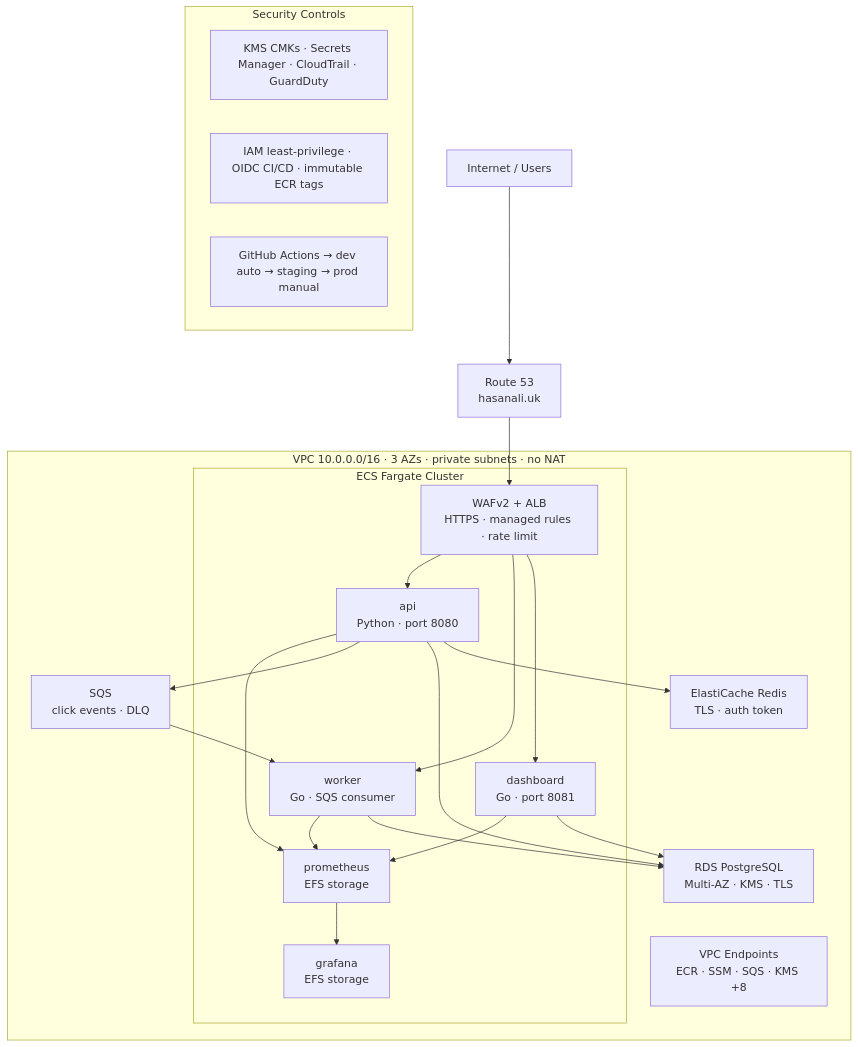
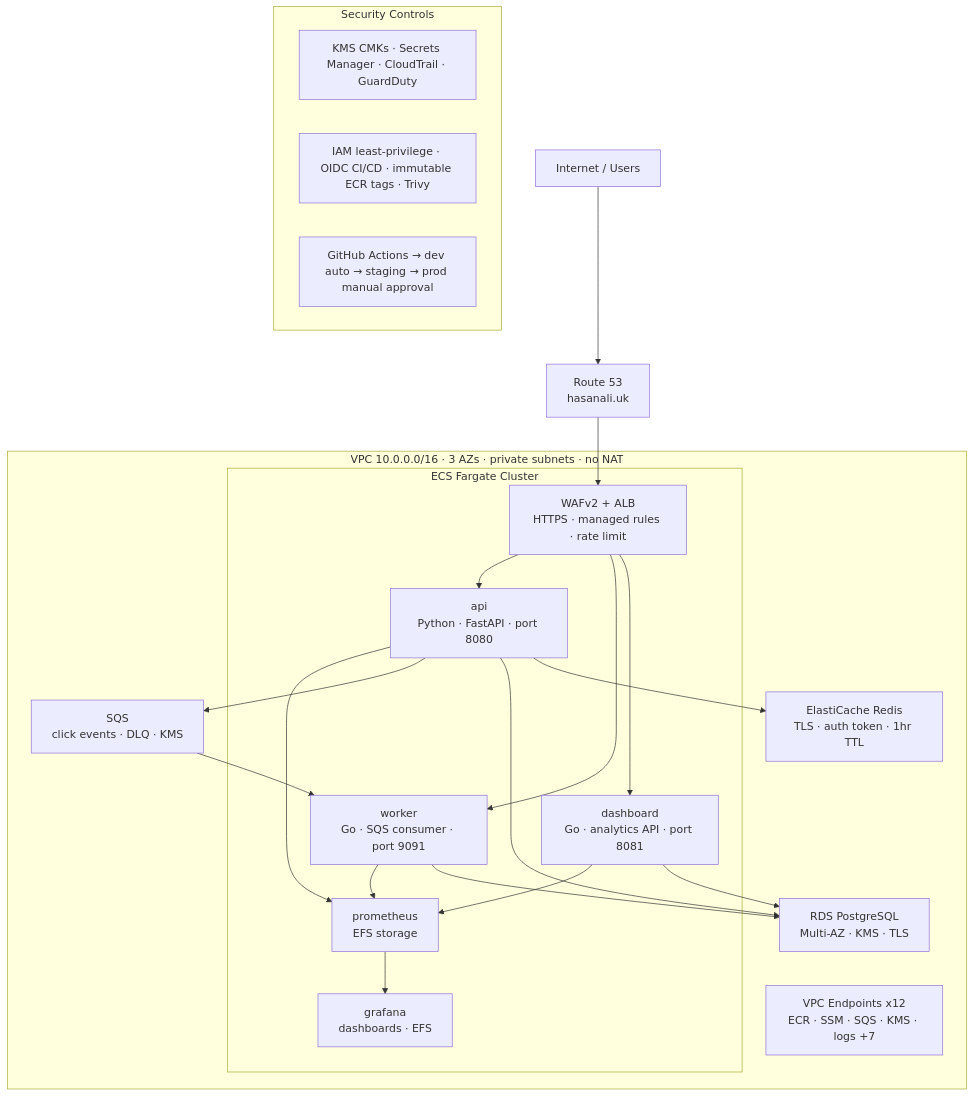
Before and after one commit to haz365/ecs-combined: the diagram in README.md, drawn with Mermaid. The commit also changed other lines of this file, not shown here.

````diff
--- a/README.md
+++ b/README.md
@@ -25,35 +27,35 @@
 ```mermaid
 flowchart TD
     A[Internet / Users] --> B[Route 53\nhasanali.uk]
     B --> C[WAFv2 + ALB\nHTTPS · managed rules · rate limit]
 
     subgraph VPC ["VPC 10.0.0.0/16 · 3 AZs · private subnets · no NAT"]
         subgraph ECS ["ECS Fargate Cluster"]
-            C --> D[api\nPython · port 8080]
-            C --> E[worker\nGo · SQS consumer]
-            C --> F[dashboard\nGo · port 8081]
+            C --> D[api\nPython · FastAPI · port 8080]
+            C --> E[worker\nGo · SQS consumer · port 9091]
+            C --> F[dashboard\nGo · analytics API · port 8081]
             G[prometheus\nEFS storage]
-            H[grafana\nEFS storage]
+            H[grafana\ndashboards · EFS]
             D --> G
             E --> G
             F --> G
             G --> H
         end
 
-        D --> I[SQS\nclick events · DLQ]
+        D --> I[SQS\nclick events · DLQ · KMS]
         I --> E
 
         D --> J[RDS PostgreSQL\nMulti-AZ · KMS · TLS]
         E --> J
         F --> J
-        D --> K[ElastiCache Redis\nTLS · auth token]
+        D --> K[ElastiCache Redis\nTLS · auth token · 1hr TTL]
 
-        L[VPC Endpoints\nECR · SSM · SQS · KMS +8]
+        L[VPC Endpoints x12\nECR · SSM · SQS · KMS · logs +7]
     end
 
     subgraph Security ["Security Controls"]
         M[KMS CMKs · Secrets Manager · CloudTrail · GuardDuty]
-        N[IAM least-privilege · OIDC CI/CD · immutable ECR tags]
-        O[GitHub Actions → dev auto → staging → prod manual]
+        N[IAM least-privilege · OIDC CI/CD · immutable ECR tags · Trivy]
+        O[GitHub Actions → dev auto → staging → prod manual approval]
     end
 ```
````
